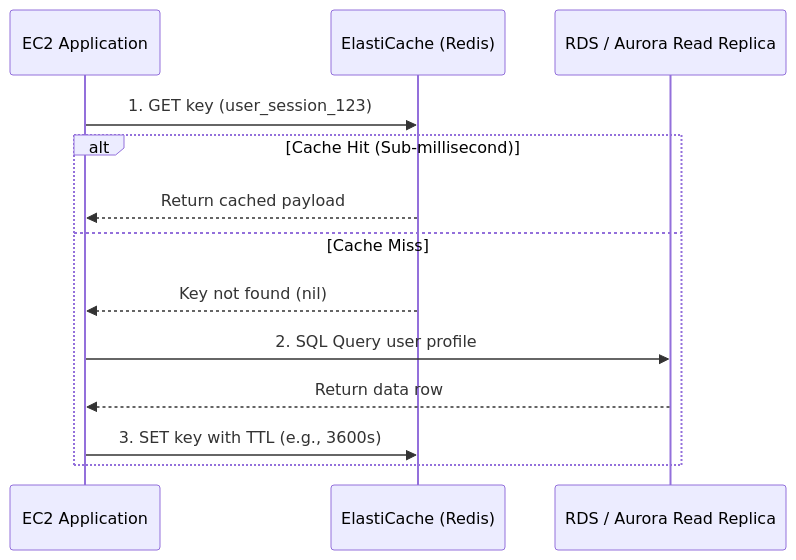
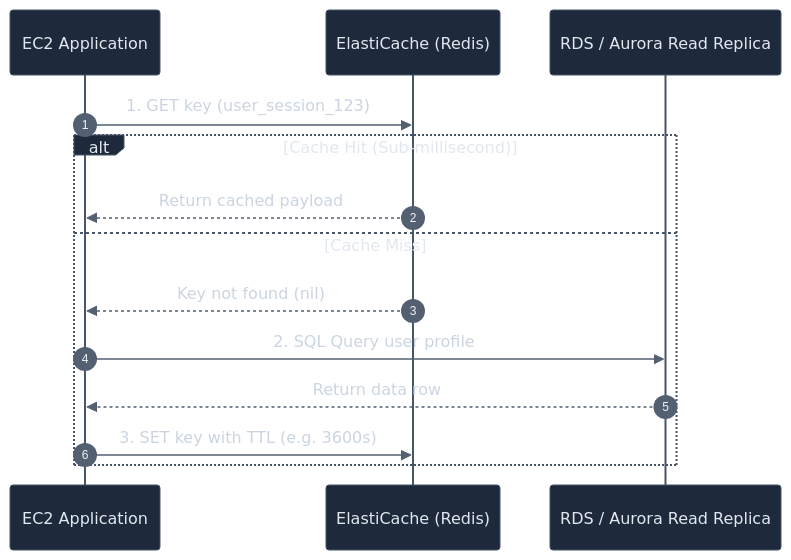
One commit to heinhtetzan/k8s-in-production changed the second of 2 diagrams in 03-aws-services/designs/02-horizontal-scaling-architecture.md. Above: the diagram before and after it, drawn with Mermaid. The commit also changed other lines of this file and 4 other files, not shown here.

Commit message:
docs: add dark mode themes and styles to mermaid diagrams in aws architecture docs

````diff
--- a/03-aws-services/designs/02-horizontal-scaling-architecture.md
+++ b/03-aws-services/designs/02-horizontal-scaling-architecture.md
@@ -101,16 +149,35 @@
 ```mermaid
+%%{init: {
+  'theme': 'base',
+  'themeVariables': {
+    'darkMode': true,
+    'actorBkg': '#1e293b',
+    'actorBorder': '#475569',
+    'actorTextColor': '#e2e8f0',
+    'signalColor': '#526071',
+    'signalTextColor': '#cbd5e1',
+    'labelBoxBkgColor': '#1e293b',
+    'labelBoxBorderColor': '#475569',
+    'labelTextColor': '#e2e8f0',
+    'noteBkgColor': '#1e293b',
+    'noteBorderColor': '#475569',
+    'noteTextColor': '#cbd5e1'
+  },
+  'themeCSS': '* { filter: none !important; box-shadow: none !important; } .note rect { stroke-width: 1.5px !important; }'
+}}%%
 sequenceDiagram
+    autonumber
     participant App as EC2 Application
     participant Cache as ElastiCache (Redis)
     participant DB as RDS / Aurora Read Replica
 
     App->>Cache: 1. GET key (user_session_123)
     alt Cache Hit (Sub-millisecond)
         Cache-->>App: Return cached payload
     else Cache Miss
         Cache-->>App: Key not found (nil)
         App->>DB: 2. SQL Query user profile
         DB-->>App: Return data row
-        App->>Cache: 3. SET key with TTL (e.g., 3600s)
+        App->>Cache: 3. SET key with TTL (e.g. 3600s)
     end
 ```
````
